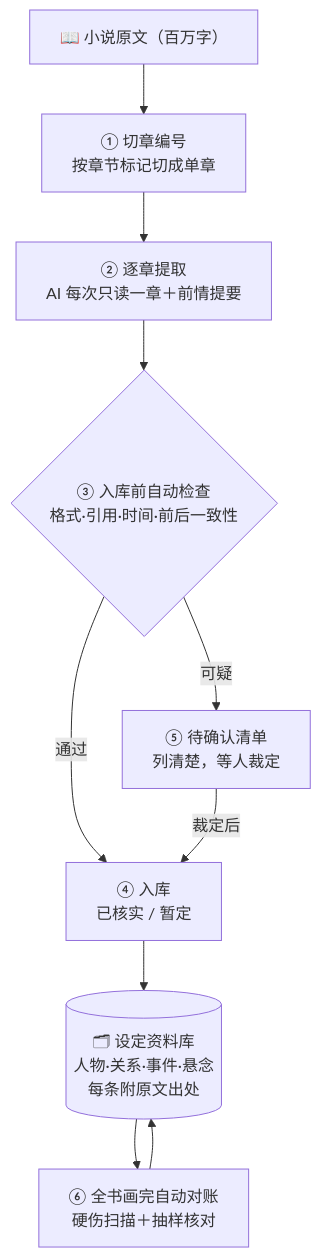
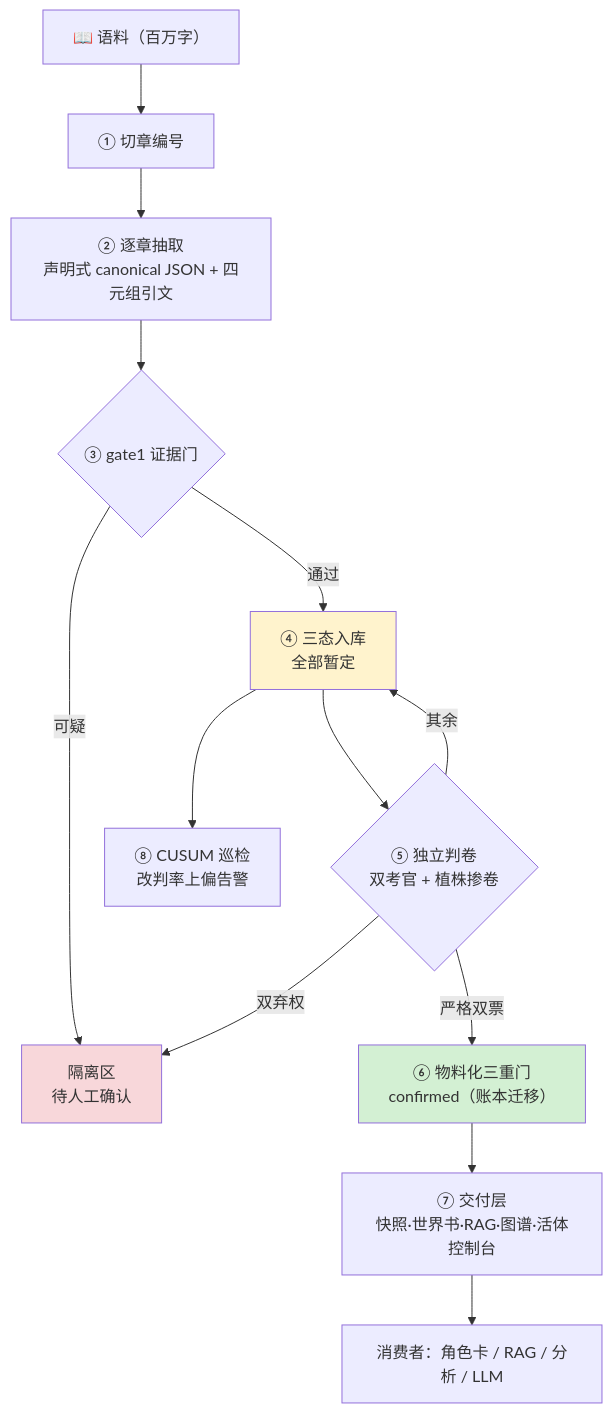
The diagram in README.md (master666-max/cbb-pipeline), drawn with Mermaid before and after one commit. The commit also changed other lines of this file and 87 other files, not shown here.

````diff
--- a/README.md
+++ b/README.md
@@ -7,12 +94,19 @@
 ```mermaid
 flowchart TB
-    A["📖 小说原文（百万字）"] --> B["① 切章编号<br/>按章节标记切成单章"]
-    B --> C["② 逐章提取<br/>AI 每次只读一章＋前情提要"]
-    C --> D{"③ 入库前自动检查<br/>格式·引用·时间·前后一致性"}
-    D -->|"通过"| E["④ 入库<br/>已核实 / 暂定"]
-    D -->|"可疑"| F["⑤ 待确认清单<br/>列清楚，等人裁定"]
-    F -->|"裁定后"| E
-    E --> G[("🗂 设定资料库<br/>人物·关系·事件·悬念<br/>每条附原文出处")]
-    G --> H["⑥ 全书画完自动对账<br/>硬伤扫描＋抽样核对"]
-    H --> G
+    A["📖 语料（百万字）"] --> B["① 切章编号"]
+    B --> C["② 逐章抽取<br/>声明式 canonical JSON + 四元组引文"]
+    C --> D{"③ gate1 证据门"}
+    D -->|"通过"| E["④ 三态入库<br/>全部暂定"]
+    D -->|"可疑"| F["隔离区<br/>待人工确认"]
+    E --> G{"⑤ 独立判卷<br/>双考官 + 植株掺卷"}
+    G -->|"严格双票"| H["⑥ 物料化三重门<br/>confirmed（账本迁移）"]
+    G -->|"双弃权"| F
+    G -->|"其余"| E
+    H --> I["⑦ 交付层<br/>快照·世界书·RAG·图谱·活体控制台"]
+    E --> J["⑧ CUSUM 巡检<br/>改判率上偏告警"]
+    I --> K["消费者：角色卡 / RAG / 分析 / LLM"]
+
+    style E fill:#fff3cd
+    style H fill:#d3f0d3
+    style F fill:#f8d7da
 ```
````
